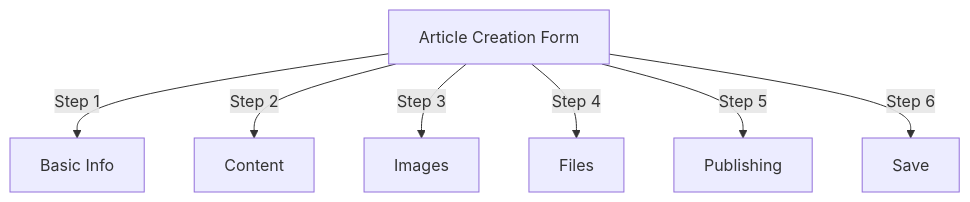
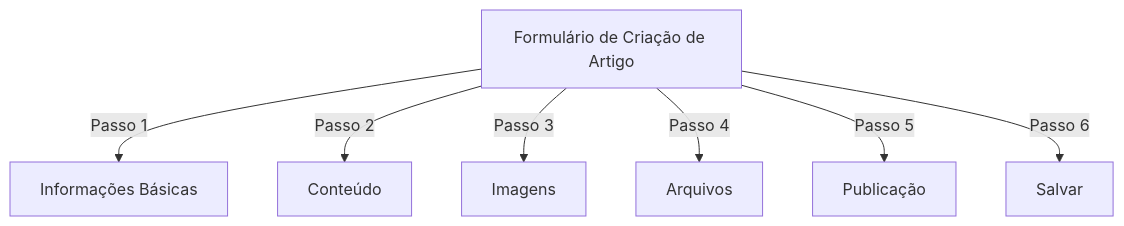
One commit to mambax7/xoops-docs changed the first of 3 diagrams in apps/docs-27/src/content/docs/pt/modules/publisher/user-guide/articles.md. Above: the diagram before and after it, drawn with Mermaid. The commit also changed other lines of this file and 162 other files, not shown here.

````diff
--- a/apps/docs-27/src/content/docs/pt/modules/publisher/user-guide/articles.md
+++ b/apps/docs-27/src/content/docs/pt/modules/publisher/user-guide/articles.md
@@ -44,9 +44,9 @@
 ```mermaid
 graph TD
-    A[Article Creation Form] -->|Step 1| B[Basic Info]
-    A -->|Step 2| C[Content]
-    A -->|Step 3| D[Images]
-    A -->|Step 4| E[Files]
-    A -->|Step 5| F[Publishing]
-    A -->|Step 6| G[Save]
+    A[Formulário de Criação de Artigo] -->|Passo 1| B[Informações Básicas]
+    A -->|Passo 2| C[Conteúdo]
+    A -->|Passo 3| D[Imagens]
+    A -->|Passo 4| E[Arquivos]
+    A -->|Passo 5| F[Publicação]
+    A -->|Passo 6| G[Salvar]
 ```
````
